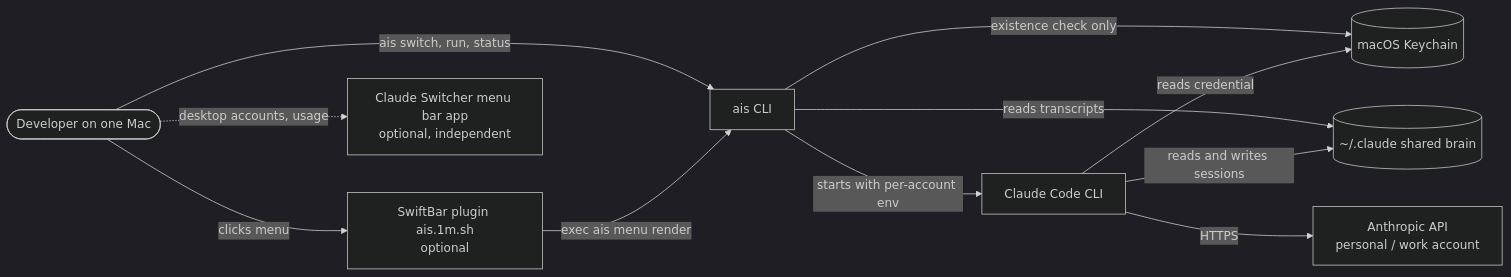
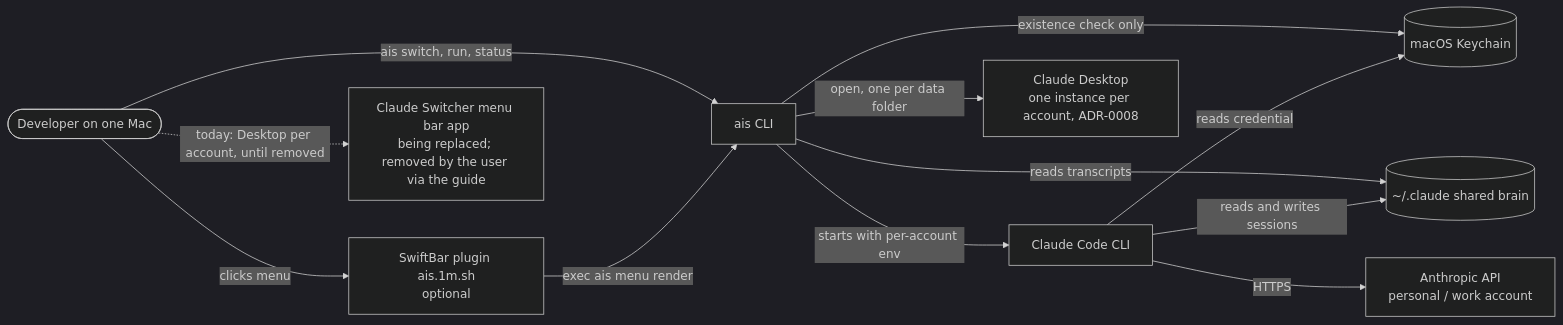
The first of 2 diagrams in docs/architecture.md (rojcarranza/ai-account-switcher), drawn with Mermaid (dark theme) before and after one commit. The commit also changed other lines of this file and 7 other files, not shown here.

Commit message:
docs(desktop): add Desktop per account to scope, requirements, ADRs and plan

````diff
--- a/docs/architecture.md
+++ b/docs/architecture.md
@@ -10,21 +10,23 @@
 ```mermaid
 flowchart LR
   user([Developer on one Mac])
   ais[ais CLI]
   bar[SwiftBar plugin ais.1m.sh<br/>optional]
   claude[Claude Code CLI]
-  cs[Claude Switcher menu bar app<br/>optional, independent]
+  cs[Claude Switcher menu bar app<br/>being replaced; removed by the user via the guide]
+  desk[Claude Desktop<br/>one instance per account, ADR-0008]
   kc[(macOS Keychain)]
   shared[(~/.claude shared brain)]
   anth[Anthropic API<br/>personal / work account]
   user -->|ais switch, run, status| ais
   user -->|clicks menu| bar
   bar -->|exec ais menu render| ais
-  user -.->|desktop accounts, usage| cs
+  user -.->|today: Desktop per account, until removed| cs
   ais -->|starts with per-account env| claude
+  ais -->|open, one per data folder| desk
   ais -->|existence check only| kc
   ais -->|reads transcripts| shared
   claude -->|reads credential| kc
   claude -->|reads and writes sessions| shared
   claude -->|HTTPS| anth
 ```
````
